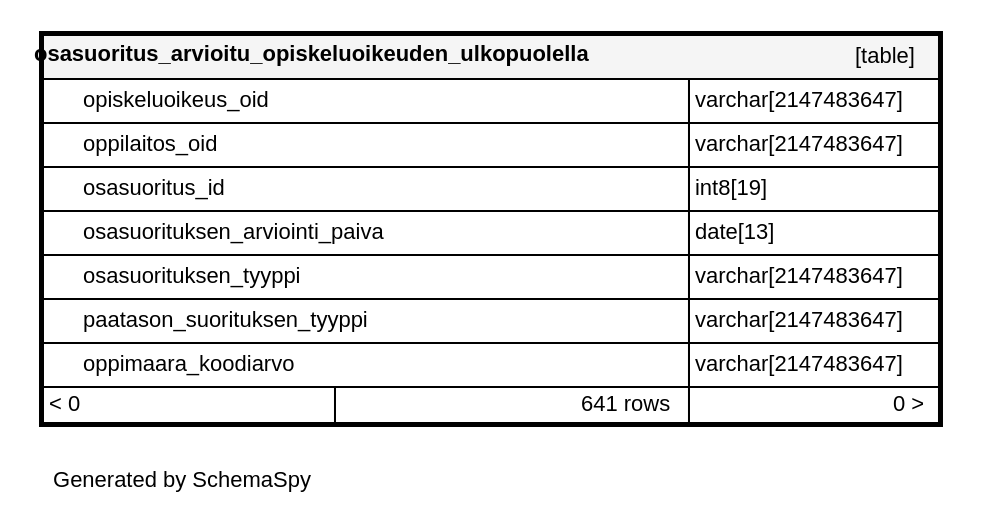
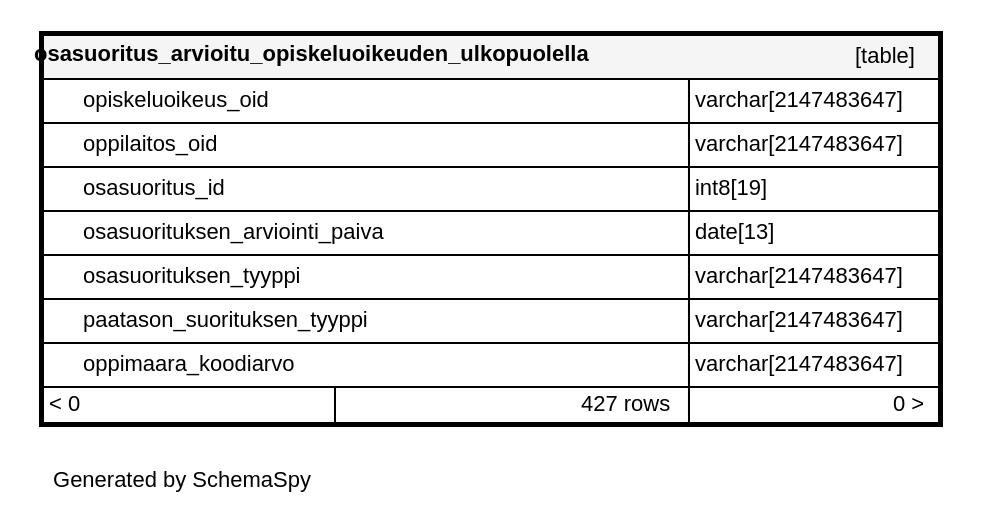
Before and after one commit to Opetushallitus/koski: the diagram in documentation/tietokantaskeemat/koski-raportointikanta/diagrams/tables/osasuoritus_arvioitu_opiskeluoi_6ab95832.1degree.dot, drawn with Graphviz. The commit also changed 168 other files, not shown here.

```diff
--- a/documentation/tietokantaskeemat/koski-raportointikanta/diagrams/tables/osasuoritus_arvioitu_opiskeluoi_6ab95832.1degree.dot
+++ b/documentation/tietokantaskeemat/koski-raportointikanta/diagrams/tables/osasuoritus_arvioitu_opiskeluoi_6ab95832.1degree.dot
@@ -1,20 +1,20 @@
 digraph "oneDegreeRelationshipsDiagram" {
   graph [    rankdir="RL"    bgcolor="#ffffff"    label="\nGenerated by SchemaSpy"    labeljust="l"    nodesep="0.18"    ranksep="0.46"    fontname="Helvetica"    fontsize="11"    ration="compress"  ];  node [    fontname="Helvetica"    fontsize="11"    shape="plaintext"  ];  edge [    arrowsize="0.8"  ];
   "osasuoritus_arvioitu_opiskeluoikeuden_ulkopuolella" [
    label=<
     <TABLE BORDER="2" CELLBORDER="1" CELLSPACING="0" BGCOLOR="#ffffff">
       <TR><TD COLSPAN="4"  BGCOLOR="#f5f5f5"><TABLE BORDER="0" CELLSPACING="0"><TR><TD ALIGN="LEFT" FIXEDSIZE="TRUE" WIDTH="302" HEIGHT="16"><B>osasuoritus_arvioitu_opiskeluoikeuden_ulkopuolella</B></TD><TD ALIGN="RIGHT">[table]</TD></TR></TABLE></TD></TR>
       <TR><TD PORT="opiskeluoikeus_oid" COLSPAN="2" ALIGN="LEFT"><TABLE BORDER="0" CELLSPACING="0" ALIGN="LEFT"><TR ALIGN="LEFT"><TD ALIGN="LEFT" FIXEDSIZE="TRUE" WIDTH="15" HEIGHT="16"></TD><TD ALIGN="LEFT" FIXEDSIZE="TRUE" WIDTH="302" HEIGHT="16">opiskeluoikeus_oid</TD></TR></TABLE></TD><TD PORT="opiskeluoikeus_oid.type" ALIGN="LEFT">varchar[2147483647]</TD></TR>
       <TR><TD PORT="oppilaitos_oid" COLSPAN="2" BGCOLOR="#ffffff" ALIGN="LEFT"><TABLE BORDER="0" CELLSPACING="0" ALIGN="LEFT"><TR ALIGN="LEFT"><TD ALIGN="LEFT" FIXEDSIZE="TRUE" WIDTH="15" HEIGHT="16"></TD><TD ALIGN="LEFT" FIXEDSIZE="TRUE" WIDTH="302" HEIGHT="16">oppilaitos_oid</TD></TR></TABLE></TD><TD PORT="oppilaitos_oid.type" ALIGN="LEFT">varchar[2147483647]</TD></TR>
       <TR><TD PORT="osasuoritus_id" COLSPAN="2" ALIGN="LEFT"><TABLE BORDER="0" CELLSPACING="0" ALIGN="LEFT"><TR ALIGN="LEFT"><TD ALIGN="LEFT" FIXEDSIZE="TRUE" WIDTH="15" HEIGHT="16"></TD><TD ALIGN="LEFT" FIXEDSIZE="TRUE" WIDTH="302" HEIGHT="16">osasuoritus_id</TD></TR></TABLE></TD><TD PORT="osasuoritus_id.type" ALIGN="LEFT">int8[19]</TD></TR>
       <TR><TD PORT="osasuorituksen_arviointi_paiva" COLSPAN="2" ALIGN="LEFT"><TABLE BORDER="0" CELLSPACING="0" ALIGN="LEFT"><TR ALIGN="LEFT"><TD ALIGN="LEFT" FIXEDSIZE="TRUE" WIDTH="15" HEIGHT="16"></TD><TD ALIGN="LEFT" FIXEDSIZE="TRUE" WIDTH="302" HEIGHT="16">osasuorituksen_arviointi_paiva</TD></TR></TABLE></TD><TD PORT="osasuorituksen_arviointi_paiva.type" ALIGN="LEFT">date[13]</TD></TR>
       <TR><TD PORT="osasuorituksen_tyyppi" COLSPAN="2" ALIGN="LEFT"><TABLE BORDER="0" CELLSPACING="0" ALIGN="LEFT"><TR ALIGN="LEFT"><TD ALIGN="LEFT" FIXEDSIZE="TRUE" WIDTH="15" HEIGHT="16"></TD><TD ALIGN="LEFT" FIXEDSIZE="TRUE" WIDTH="302" HEIGHT="16">osasuorituksen_tyyppi</TD></TR></TABLE></TD><TD PORT="osasuorituksen_tyyppi.type" ALIGN="LEFT">varchar[2147483647]</TD></TR>
       <TR><TD PORT="paatason_suorituksen_tyyppi" COLSPAN="2" ALIGN="LEFT"><TABLE BORDER="0" CELLSPACING="0" ALIGN="LEFT"><TR ALIGN="LEFT"><TD ALIGN="LEFT" FIXEDSIZE="TRUE" WIDTH="15" HEIGHT="16"></TD><TD ALIGN="LEFT" FIXEDSIZE="TRUE" WIDTH="302" HEIGHT="16">paatason_suorituksen_tyyppi</TD></TR></TABLE></TD><TD PORT="paatason_suorituksen_tyyppi.type" ALIGN="LEFT">varchar[2147483647]</TD></TR>
       <TR><TD PORT="oppimaara_koodiarvo" COLSPAN="2" ALIGN="LEFT"><TABLE BORDER="0" CELLSPACING="0" ALIGN="LEFT"><TR ALIGN="LEFT"><TD ALIGN="LEFT" FIXEDSIZE="TRUE" WIDTH="15" HEIGHT="16"></TD><TD ALIGN="LEFT" FIXEDSIZE="TRUE" WIDTH="302" HEIGHT="16">oppimaara_koodiarvo</TD></TR></TABLE></TD><TD PORT="oppimaara_koodiarvo.type" ALIGN="LEFT">varchar[2147483647]</TD></TR>
-      <TR><TD ALIGN="LEFT" BGCOLOR="#ffffff">&lt; 0</TD><TD ALIGN="RIGHT" BGCOLOR="#ffffff">641 rows</TD><TD ALIGN="RIGHT" BGCOLOR="#ffffff">0 &gt;</TD></TR>
+      <TR><TD ALIGN="LEFT" BGCOLOR="#ffffff">&lt; 0</TD><TD ALIGN="RIGHT" BGCOLOR="#ffffff">427 rows</TD><TD ALIGN="RIGHT" BGCOLOR="#ffffff">0 &gt;</TD></TR>
     </TABLE>>
     URL="../../tables/osasuoritus_arvioitu_opiskeluoi_6ab95832.html"
     target="_top"
     tooltip="osasuoritus_arvioitu_opiskeluoikeuden_ulkopuolella"
   ];
 }
```
